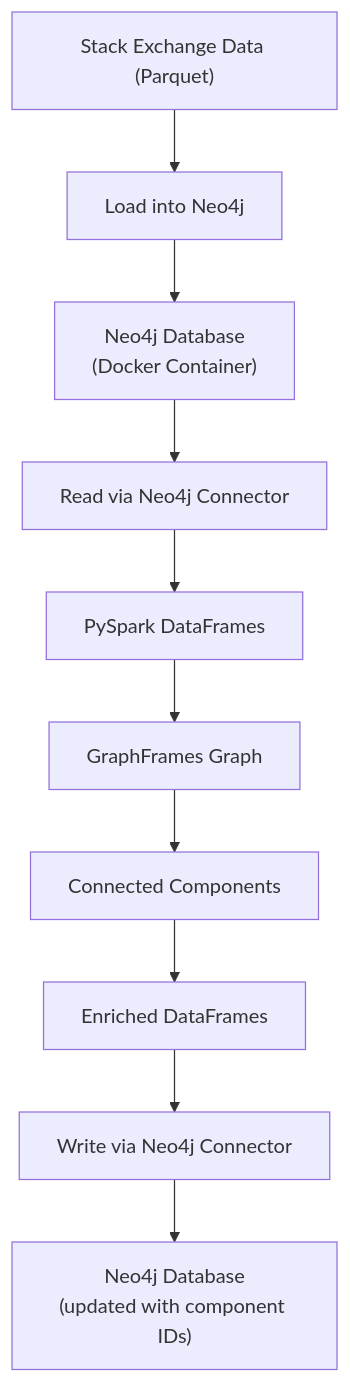
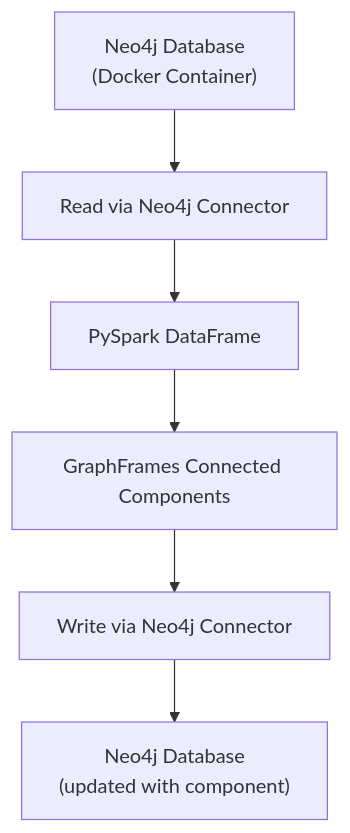
One commit to graphframes/graphframes changed the diagram in docs/src/03-tutorials/05-neo4j-integration.md. Above: the diagram before and after it, drawn with Mermaid. The commit also changed other lines of this file and 3 other files, not shown here.

Commit message:
Rewrite the Neo4j tutorial around the new load command and spark-submit script, add its logo image and list it in the tutorial index

````diff
--- a/docs/src/03-tutorials/05-neo4j-integration.md
+++ b/docs/src/03-tutorials/05-neo4j-integration.md
@@ -52,12 +54,8 @@
 ```mermaid
 flowchart TD
-    A["Stack Exchange Data (Parquet)"] --> B["Load into Neo4j"]
-    B --> C["Neo4j Database<br/>(Docker Container)"]
-    C --> D["Read via Neo4j Connector"]
-    D --> E["PySpark DataFrames"]
-    E --> F["GraphFrames Graph"]
-    F --> G["Connected Components"]
-    G --> H["Enriched DataFrames"]
-    H --> I["Write via Neo4j Connector"]
-    I --> J["Neo4j Database<br/>(updated with component IDs)"]
+    A["Neo4j Database<br/>(Docker Container)"] --> B["Read via Neo4j Connector"]
+    B --> C["PySpark DataFrame"]
+    C --> D["GraphFrames Connected Components"]
+    D --> E["Write via Neo4j Connector"]
+    E --> F["Neo4j Database<br/>(updated with component)"]
 ```
````
